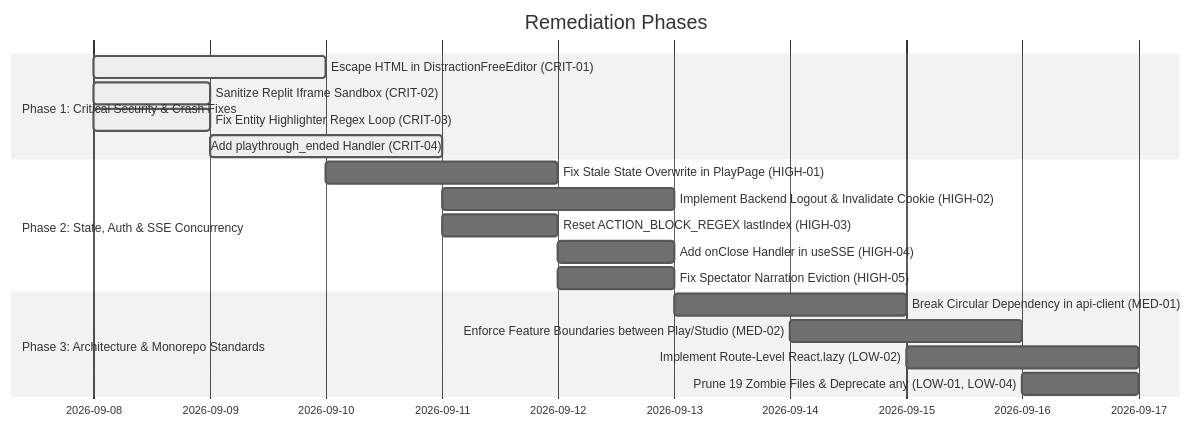
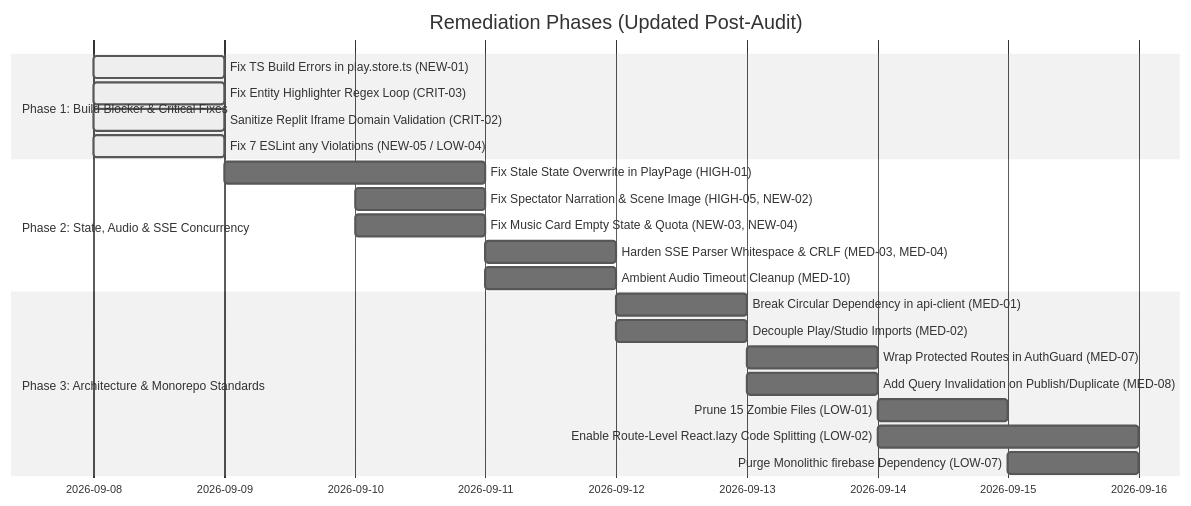
One commit to AryanSherigar/AI-DND changed the second of 2 diagrams in docs/FRONTEND_CODEBASE_REVIEW.md. Above: the diagram before and after it, drawn with Mermaid (neutral theme). The commit also changed other lines of this file and 196 other files, not shown here.

````diff
--- a/docs/FRONTEND_CODEBASE_REVIEW.md
+++ b/docs/FRONTEND_CODEBASE_REVIEW.md
@@ -599,21 +492,24 @@
 ```mermaid
 gantt
-    title Remediation Phases
+    title Remediation Phases (Updated Post-Audit)
     dateFormat  YYYY-MM-DD
-    section Phase 1: Critical Security & Crash Fixes
-    Escape HTML in DistractionFreeEditor (CRIT-01)          :active, p1_1, 2026-09-08, 2d
-    Sanitize Replit Iframe Sandbox (CRIT-02)                :active, p1_2, 2026-09-08, 1d
-    Fix Entity Highlighter Regex Loop (CRIT-03)             :active, p1_3, 2026-09-08, 1d
-    Add playthrough_ended Handler (CRIT-04)                 :active, p1_4, 2026-09-09, 2d
-    section Phase 2: State, Auth & SSE Concurrency
-    Fix Stale State Overwrite in PlayPage (HIGH-01)         :p2_1, 2026-09-10, 2d
-    Implement Backend Logout & Invalidate Cookie (HIGH-02)  :p2_2, 2026-09-11, 2d
-    Reset ACTION_BLOCK_REGEX lastIndex (HIGH-03)            :p2_3, 2026-09-11, 1d
-    Add onClose Handler in useSSE (HIGH-04)                 :p2_4, 2026-09-12, 1d
-    Fix Spectator Narration Eviction (HIGH-05)              :p2_5, 2026-09-12, 1d
+    section Phase 1: Build Blocker & Critical Fixes
+    Fix TS Build Errors in play.store.ts (NEW-01)          :active, p1_1, 2026-09-08, 1d
+    Fix Entity Highlighter Regex Loop (CRIT-03)             :active, p1_2, 2026-09-08, 1d
+    Sanitize Replit Iframe Domain Validation (CRIT-02)      :active, p1_3, 2026-09-08, 1d
+    Fix 7 ESLint any Violations (NEW-05 / LOW-04)           :active, p1_4, 2026-09-08, 1d
+    section Phase 2: State, Audio & SSE Concurrency
+    Fix Stale State Overwrite in PlayPage (HIGH-01)         :p2_1, 2026-09-09, 2d
+    Fix Spectator Narration & Scene Image (HIGH-05, NEW-02) :p2_2, 2026-09-10, 1d
+    Fix Music Card Empty State & Quota (NEW-03, NEW-04)     :p2_3, 2026-09-10, 1d
+    Harden SSE Parser Whitespace & CRLF (MED-03, MED-04)    :p2_4, 2026-09-11, 1d
+    Ambient Audio Timeout Cleanup (MED-10)                  :p2_5, 2026-09-11, 1d
     section Phase 3: Architecture & Monorepo Standards
-    Break Circular Dependency in api-client (MED-01)        :p3_1, 2026-09-13, 2d
-    Enforce Feature Boundaries between Play/Studio (MED-02) :p3_2, 2026-09-14, 2d
-    Implement Route-Level React.lazy (LOW-02)               :p3_3, 2026-09-15, 2d
-    Prune 19 Zombie Files & Deprecate any (LOW-01, LOW-04)  :p3_4, 2026-09-16, 1d
+    Break Circular Dependency in api-client (MED-01)        :p3_1, 2026-09-12, 1d
+    Decouple Play/Studio Imports (MED-02)                   :p3_2, 2026-09-12, 1d
+    Wrap Protected Routes in AuthGuard (MED-07)             :p3_3, 2026-09-13, 1d
+    Add Query Invalidation on Publish/Duplicate (MED-08)    :p3_4, 2026-09-13, 1d
+    Prune 15 Zombie Files (LOW-01)                          :p3_5, 2026-09-14, 1d
+    Enable Route-Level React.lazy Code Splitting (LOW-02)   :p3_6, 2026-09-14, 2d
+    Purge Monolithic firebase Dependency (LOW-07)           :p3_7, 2026-09-15, 1d
 ```
````
